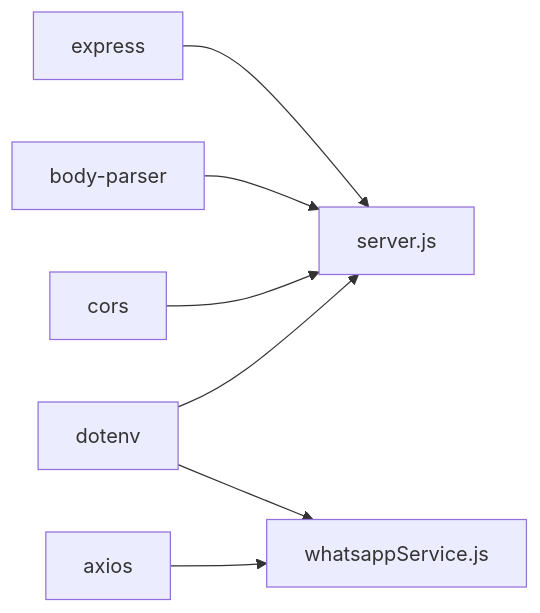
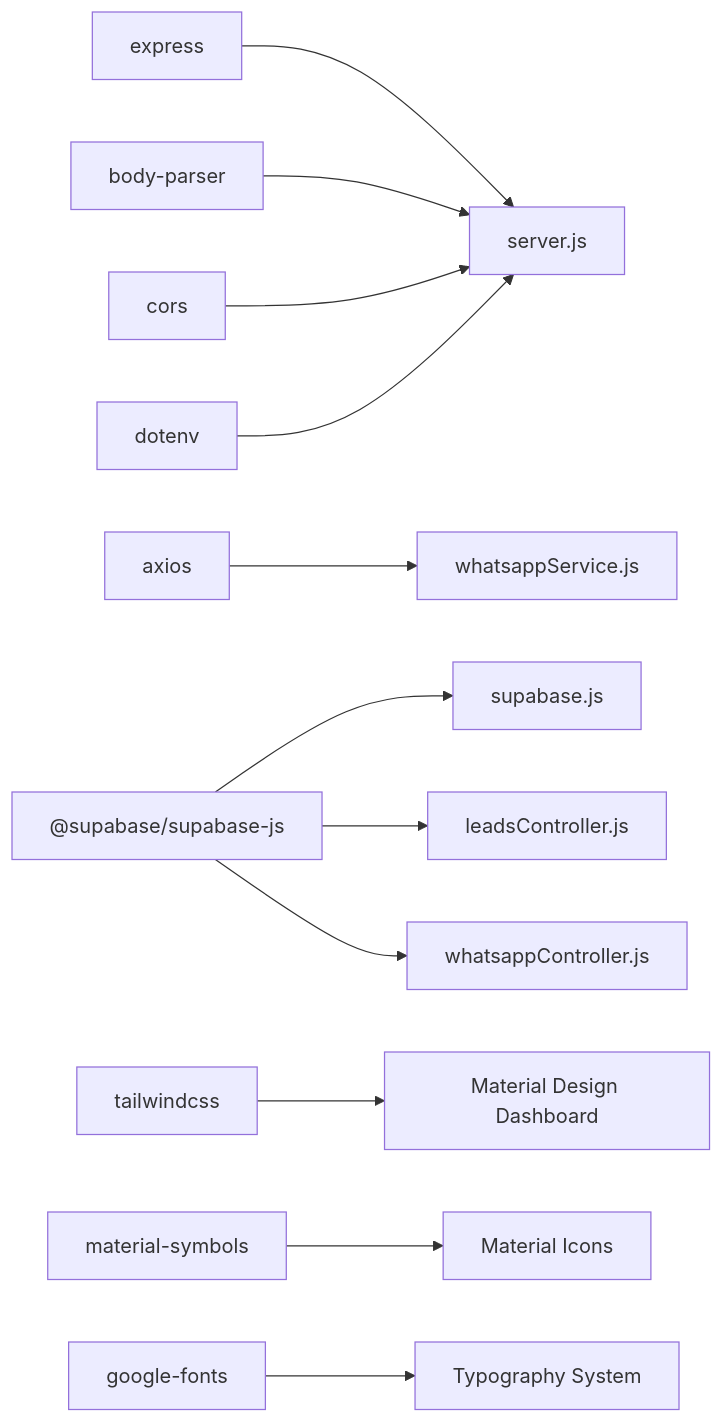
One commit to hariom-wdsadhunik/SaaS-Project changed the fourth of 4 diagrams in .qoder/repowiki/en/content/Development Guide.md. Above: the diagram before and after it, drawn with Mermaid. The commit also changed other lines of this file and 13 other files, not shown here.

````diff
--- a/.qoder/repowiki/en/content/Development Guide.md
+++ b/.qoder/repowiki/en/content/Development Guide.md
@@ -203,9 +557,14 @@
 ```mermaid
 graph LR
 Express["express"] --> Server["server.js"]
 BodyParser["body-parser"] --> Server
+CORS["cors"] --> Server
+Dotenv["dotenv"] --> Server
 Axios["axios"] --> WhatsAppService["whatsappService.js"]
-Dotenv["dotenv"] --> Server
-Dotenv --> WhatsAppService
-CORS["cors"] --> Server
+Supabase["@supabase/supabase-js"] --> SupabaseClient["supabase.js"]
+Supabase --> LeadsController["leadsController.js"]
+Supabase --> WhatsAppController["whatsappController.js"]
+Tailwind["tailwindcss"] --> MaterialDesign["Material Design Dashboard"]
+MaterialSymbols["material-symbols"] --> Icons["Material Icons"]
+Fonts["google-fonts"] --> Typography["Typography System"]
 ```
````
